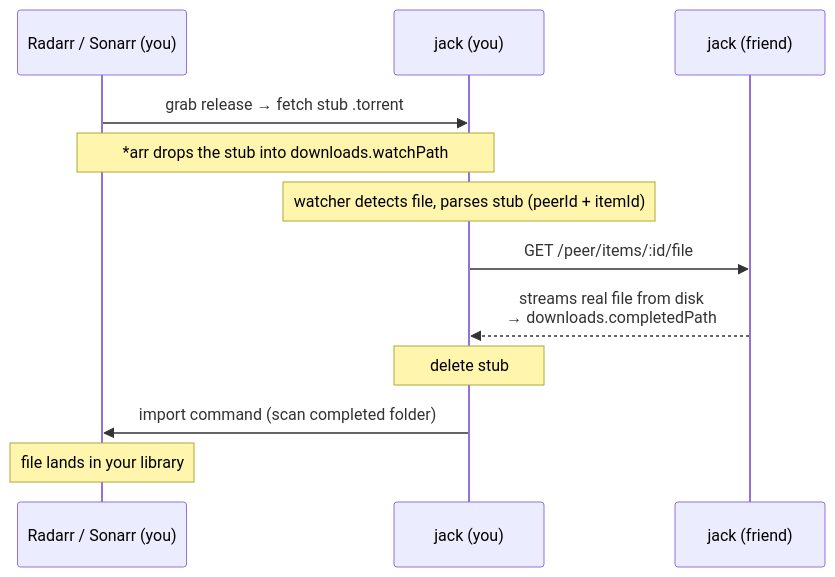
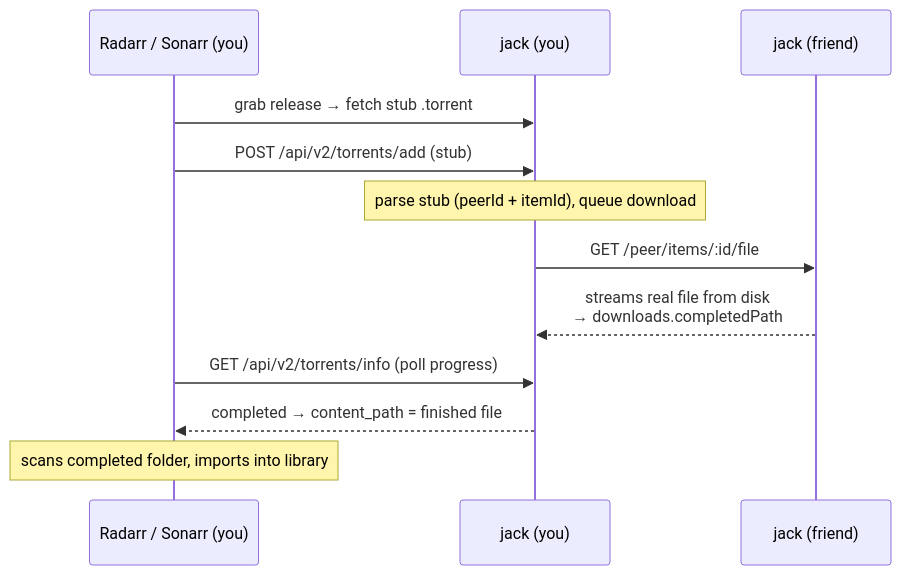
The second of 2 diagrams in README.md (roziscoding/jack), drawn with Mermaid before and after one commit. The commit also changed other lines of this file and 54 other files, not shown here.

First line of the commit message:
feat: emulate qBittorrent API to report download progress to Sonarr/Radarr (#21)

````diff
--- a/README.md
+++ b/README.md
@@ -148,15 +149,15 @@
 ```mermaid
 sequenceDiagram
     participant ARR as Radarr / Sonarr (you)
     participant JACK as jack (you)
     participant FJACK as jack (friend)
 
     ARR->>JACK: grab release → fetch stub .torrent
-    Note over ARR,JACK: *arr drops the stub into downloads.watchPath
-    Note over JACK: watcher detects file, parses stub (peerId + itemId)
+    ARR->>JACK: POST /api/v2/torrents/add (stub)
+    Note over JACK: parse stub (peerId + itemId), queue download
     JACK->>FJACK: GET /peer/items/:id/file
     FJACK-->>JACK: streams real file from disk<br/>→ downloads.completedPath
-    Note over JACK: delete stub
-    JACK->>ARR: import command (scan completed folder)
-    Note over ARR: file lands in your library
+    ARR->>JACK: GET /api/v2/torrents/info (poll progress)
+    JACK-->>ARR: completed → content_path = finished file
+    Note over ARR: scans completed folder, imports into library
 ```
````
